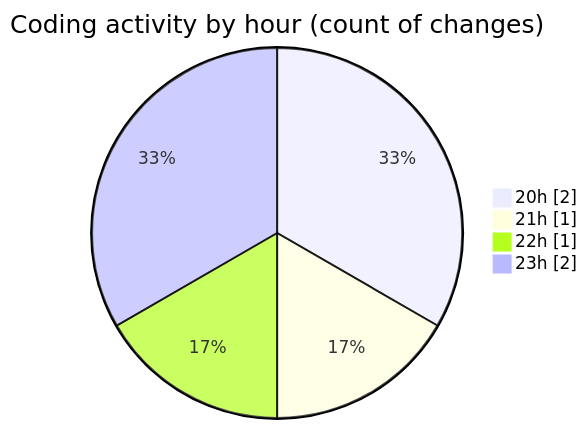
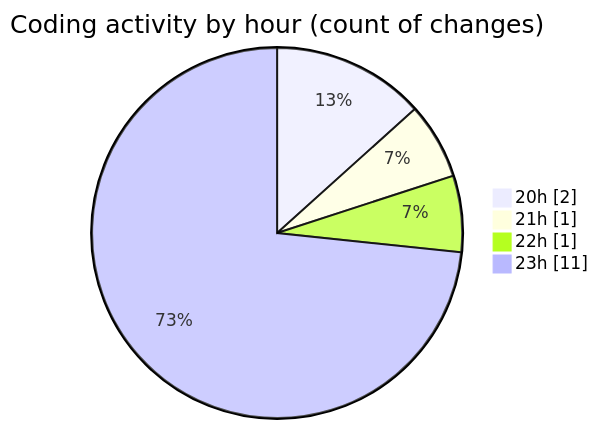
Before and after one commit to EIIisD/code-tracking: the second of 2 diagrams in 2025-07-10/_config/README.md, drawn with Mermaid. The commit also changed other lines of this file and 1 other file, not shown here.

````diff
--- a/2025-07-10/_config/README.md
+++ b/2025-07-10/_config/README.md
@@ -28,8 +30,8 @@
 ```mermaid
 pie showData
 title Coding activity by hour (count of changes)
 "20h" : 2
 "21h" : 1
 "22h" : 1
-"23h" : 2
+"23h" : 11
 ```
````
